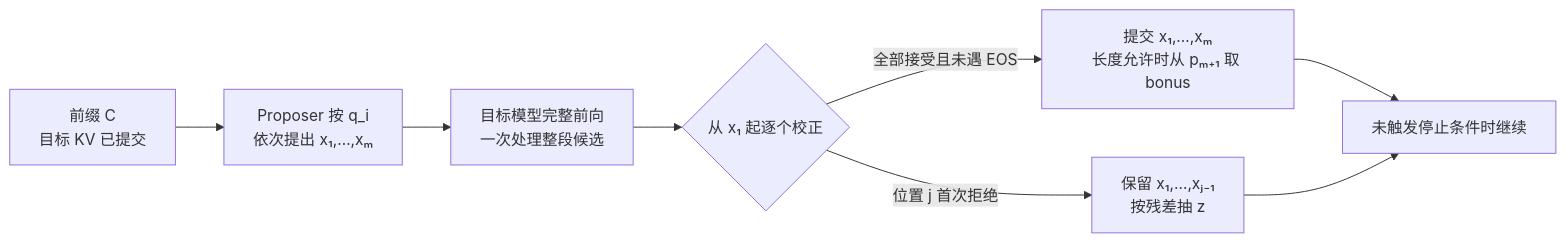
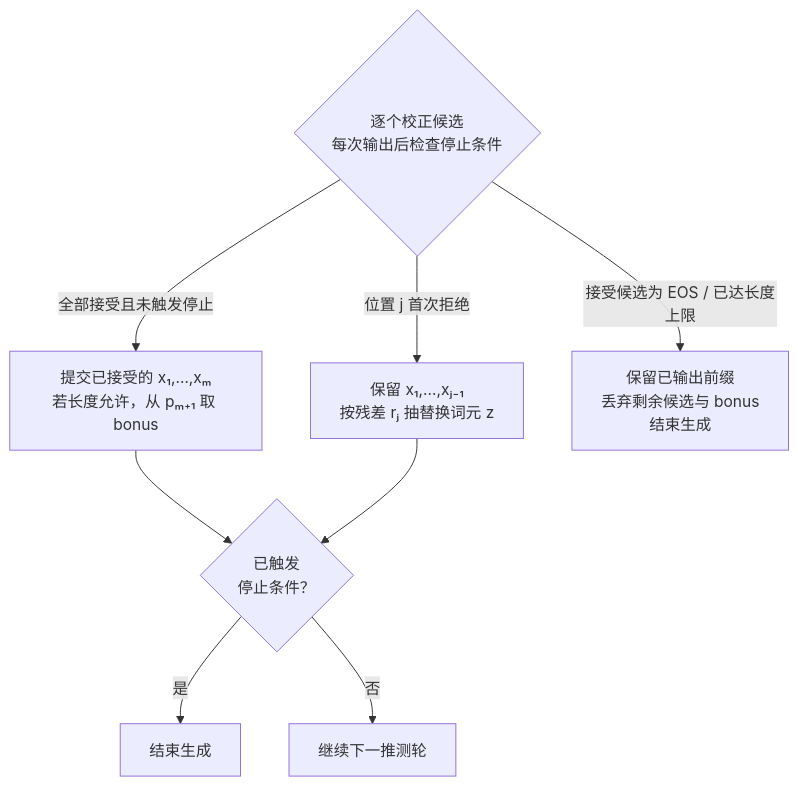
One commit to Negronii/MyNotes changed the second of 2 diagrams in ai-engineering/systems/llm-serving-and-kv-cache.md. Above: the diagram before and after it, drawn with Mermaid. The commit also changed other lines of this file and 7 other files, not shown here.

````diff
--- a/ai-engineering/systems/llm-serving-and-kv-cache.md
+++ b/ai-engineering/systems/llm-serving-and-kv-cache.md
@@ -107,10 +129,11 @@
 ```mermaid
-flowchart LR
-    C["前缀 C<br/>目标 KV 已提交"] --> D["Proposer 按 q_i<br/>依次提出 x₁,…,xₘ"]
-    D --> V["目标模型完整前向<br/>一次处理整段候选"]
-    V --> A{"从 x₁ 起逐个校正"}
-    A -->|全部接受且未遇 EOS| B["提交 x₁,…,xₘ<br/>长度允许时从 pₘ₊₁ 取 bonus"]
-    A -->|位置 j 首次拒绝| R["保留 x₁,…,xⱼ₋₁<br/>按残差抽 z"]
-    B --> N["未触发停止条件时继续"]
-    R --> N
+flowchart TD
+    A{"逐个校正候选<br/>每次输出后检查停止条件"}
+    A -->|全部接受且未触发停止| B["提交已接受的 x₁,…,xₘ<br/>若长度允许，从 pₘ₊₁ 取 bonus"]
+    A -->|位置 j 首次拒绝| R["保留 x₁,…,xⱼ₋₁<br/>按残差 rⱼ 抽替换词元 z"]
+    A -->|接受候选为 EOS / 已达长度上限| E["保留已输出前缀<br/>丢弃剩余候选与 bonus<br/>结束生成"]
+    B --> S{"已触发<br/>停止条件？"}
+    R --> S
+    S -->|是| T["结束生成"]
+    S -->|否| N["继续下一推测轮"]
 ```
````
